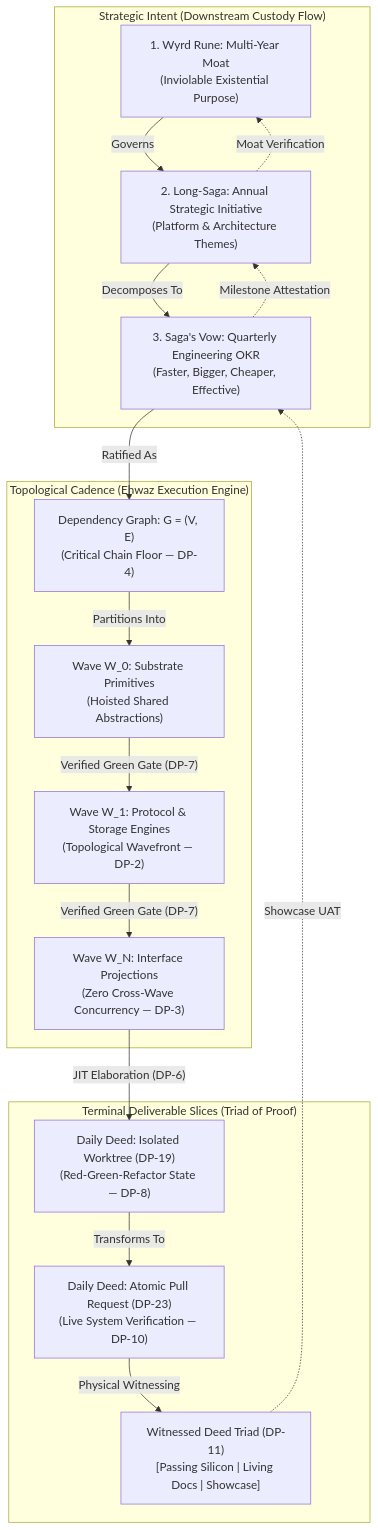
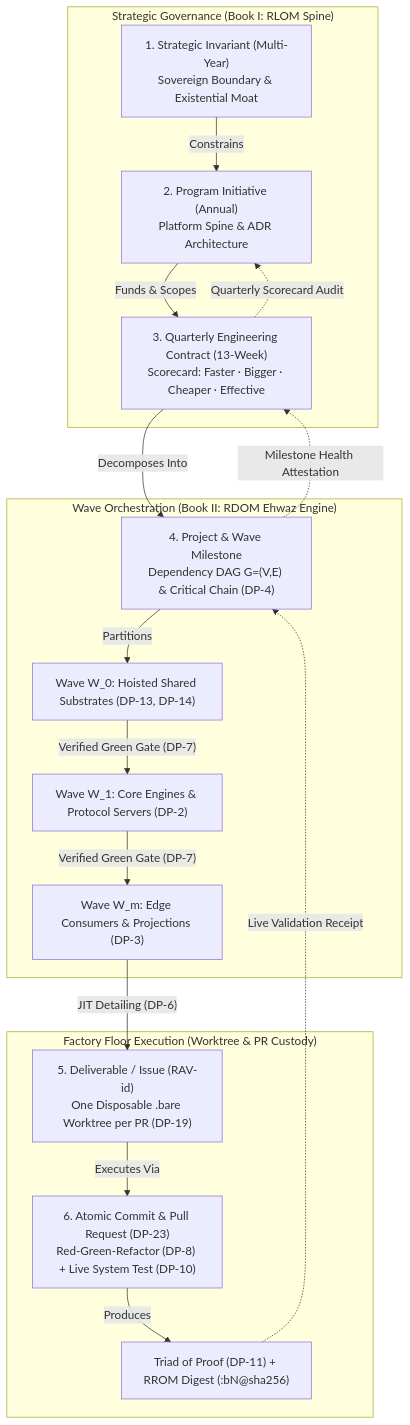
One commit to nwalker85/rdom-method changed the diagram in docs/chapters/04-the-hierarchy-of-deeds.md. Above: the diagram before and after it, drawn with Mermaid. The commit also changed other lines of this file and 29 other files, not shown here.

Commit message:
docs(rdom): unify narrative spine, canon terminology, and v1.0.0 PDF rebuild

````diff
--- a/docs/chapters/04-the-hierarchy-of-deeds.md
+++ b/docs/chapters/04-the-hierarchy-of-deeds.md
@@ -45,35 +46,35 @@
 ```mermaid
 flowchart TD
-    subgraph STRATEGY["Strategic Intent (Downstream Custody Flow)"]
-        WR["1. Wyrd Rune: Multi-Year Moat\n(Inviolable Existential Purpose)"]
-        LS["2. Long-Saga: Annual Strategic Initiative\n(Platform & Architecture Themes)"]
-        SV["3. Saga's Vow: Quarterly Engineering OKR\n(Faster, Bigger, Cheaper, Effective)"]
+    subgraph STRATEGY["Strategic Governance (Book I: RLOM Spine)"]
+        L1["1. Strategic Invariant (Multi-Year)\nSovereign Boundary & Existential Moat"]
+        L2["2. Program Initiative (Annual)\nPlatform Spine & ADR Architecture"]
+        L3["3. Quarterly Engineering Contract (13-Week)\nScorecard: Faster · Bigger · Cheaper · Effective"]
     end
 
-    subgraph EXECUTION["Topological Cadence (Ehwaz Execution Engine)"]
-        DAG["Dependency Graph: G = (V, E)\n(Critical Chain Floor — DP-4)"]
-        W0["Wave W_0: Substrate Primitives\n(Hoisted Shared Abstractions)"]
-        W1["Wave W_1: Protocol & Storage Engines\n(Topological Wavefront — DP-2)"]
-        WN["Wave W_N: Interface Projections\n(Zero Cross-Wave Concurrency — DP-3)"]
+    subgraph TOPOLOGY["Wave Orchestration (Book II: RDOM Ehwaz Engine)"]
+        L4["4. Project & Wave Milestone\nDependency DAG G=(V,E) & Critical Chain (DP-4)"]
+        W0["Wave W_0: Hoisted Shared Substrates (DP-13, DP-14)"]
+        W1["Wave W_1: Core Engines & Protocol Servers (DP-2)"]
+        WM["Wave W_m: Edge Consumers & Projections (DP-3)"]
     end
 
-    subgraph TERMINAL["Terminal Deliverable Slices (Triad of Proof)"]
-        DD1["Daily Deed: Isolated Worktree (DP-19)\n(Red-Green-Refactor State — DP-8)"]
-        DD2["Daily Deed: Atomic Pull Request (DP-23)\n(Live System Verification — DP-10)"]
-        WIT["Witnessed Deed Triad (DP-11)\n[Passing Silicon | Living Docs | Showcase]"]
+    subgraph SILICON["Factory Floor Execution (Worktree & PR Custody)"]
+        L5["5. Deliverable / Issue (RAV-id)\nOne Disposable .bare Worktree per PR (DP-19)"]
+        L6["6. Atomic Commit & Pull Request (DP-23)\nRed-Green-Refactor (DP-8) + Live System Test (DP-10)"]
+        PROOF["Triad of Proof (DP-11) + RROM Digest (:bN@sha256)"]
     end
 
-    WR -->|"Governs"| LS
-    LS -->|"Decomposes To"| SV
-    SV -->|"Ratified As"| DAG
-    DAG -->|"Partitions Into"| W0
+    L1 -->|"Constrains"| L2
+    L2 -->|"Funds & Scopes"| L3
+    L3 -->|"Decomposes Into"| L4
+    L4 -->|"Partitions"| W0
     W0 -->|"Verified Green Gate (DP-7)"| W1
-    W1 -->|"Verified Green Gate (DP-7)"| WN
-    WN -->|"JIT Elaboration (DP-6)"| DD1
-    DD1 -->|"Transforms To"| DD2
-    DD2 -->|"Physical Witnessing"| WIT
+    W1 -->|"Verified Green Gate (DP-7)"| WM
+    WM -->|"JIT Detailing (DP-6)"| L5
+    L5 -->|"Executes Via"| L6
+    L6 -->|"Produces"| PROOF
 
-    WIT -.->|"Showcase UAT"| SV
-    SV -.->|"Milestone Attestation"| LS
-    LS -.->|"Moat Verification"| WR
+    PROOF -.->|"Live Validation Receipt"| L4
+    L4 -.->|"Milestone Health Attestation"| L3
+    L3 -.->|"Quarterly Scorecard Audit"| L2
 ```
````
